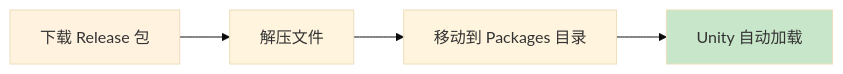
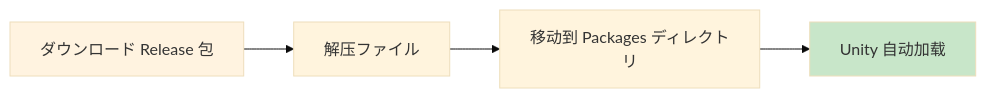
The third of 3 diagrams in docs/ja/client/unity/component/web/02.installation.md (AlianBlank/GameFrameX.Docs), drawn with Mermaid (base theme) before and after one commit. The commit also changed other lines of this file and 603 other files, not shown here.

````diff
--- a/docs/ja/client/unity/component/web/02.installation.md
+++ b/docs/ja/client/unity/component/web/02.installation.md
@@ -115,9 +115,9 @@
 ```mermaid
 flowchart LR
-    A[下载 Release 包] --> B[解压文件]
-    B --> C[移动到 Packages 目录]
+    A[ダウンロード Release 包] --> B[解压ファイル]
+    B --> C[移动到 Packages ディレクトリ]
     C --> D[Unity 自动加载]
     
     style A fill:#fff3e0
     style D fill:#c8e6c9
 ```
````
